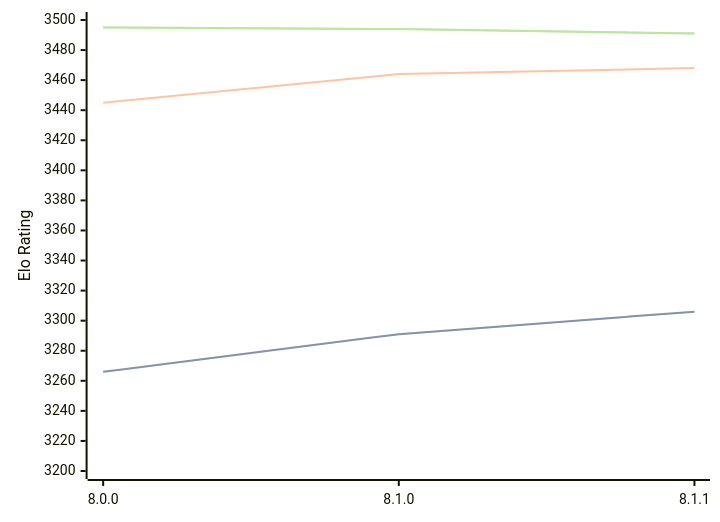
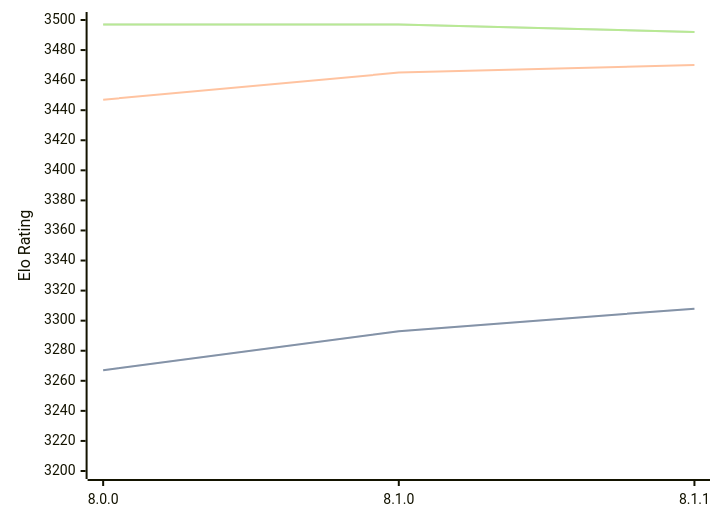
Before and after one commit to computer-chess-index/cci: the diagram in engines/Velvet.md, drawn with Mermaid. The commit also changed other lines of this file, not shown here.

Commit message:
Update CCI Ratings (ELO VLTC) - 2026-03-29

````diff
--- a/engines/Velvet.md
+++ b/engines/Velvet.md
@@ -57,11 +57,11 @@
 ```mermaid
 %%{init: {"theme":"base","themeVariables":{"seriesColors:['#a3a3a3','#222221','#faa371']}}}%%
 xychart-beta
   x-axis ["8.0.0", "8.1.0", "8.1.1"]
   y-axis "Elo Rating" 3200 --> 3500
-  line "STC (8.0+0.08s)" [3266, 3291, 3306]
-  line "STC (8.0+0.08s)" [3266, 3291, 3306]
-  line "LTC (60.0+0.60s)" [3445, 3464, 3468]
-  line "VLTC (2m24s+1.12s)" [3495, 3494, 3491]
-  line "VLTC (2m24s+1.12s)" [3495, 3494, 3491]
+  line "STC (8.0+0.08s)" [3267, 3293, 3308]
+  line "STC (8.0+0.08s)" [3267, 3293, 3308]
+  line "LTC (60.0+0.60s)" [3447, 3465, 3470]
+  line "VLTC (2m24s+1.12s)" [3497, 3497, 3492]
+  line "VLTC (2m24s+1.12s)" [3497, 3497, 3492]
 ```
````
